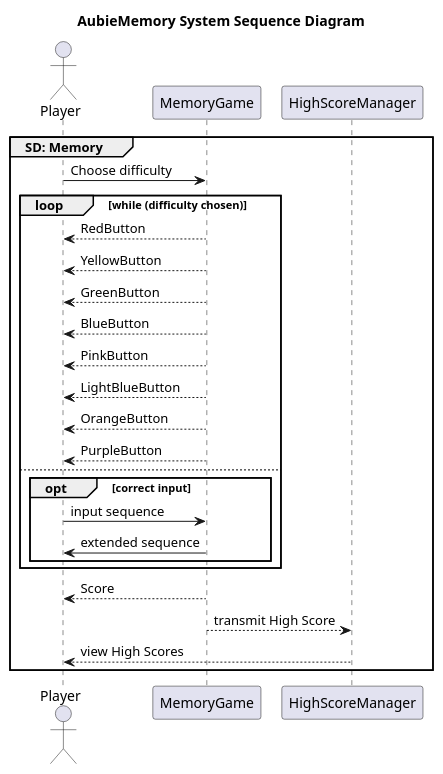
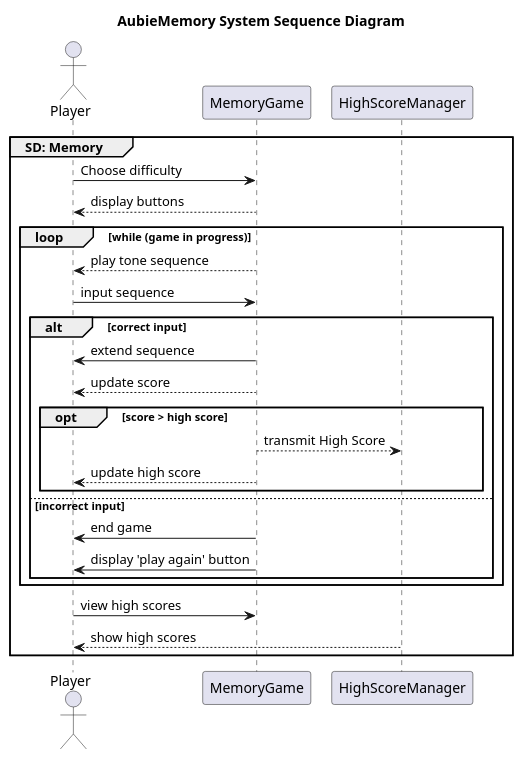
The diagram in app/UML/SSD.puml (llittle3701/AubieMemory), drawn with PlantUML before and after one commit. The commit also changed 5 other files, not shown here.

Commit message:
Updated UML

```diff
--- a/app/UML/SSD.puml
+++ b/app/UML/SSD.puml
@@ -1,30 +1,31 @@
 @startuml
 title AubieMemory System Sequence Diagram
 actor Player
 participant MemoryGame
 participant HighScoreManager
 group SD: Memory
 
 Player -> MemoryGame: Choose difficulty
-loop while (difficulty chosen)
-Player <-- MemoryGame: RedButton
-Player <-- MemoryGame: YellowButton
-Player <-- MemoryGame: GreenButton
-Player <-- MemoryGame: BlueButton
-Player <-- MemoryGame: PinkButton
-Player <-- MemoryGame: LightBlueButton
-Player <-- MemoryGame: OrangeButton
-Player <-- MemoryGame: PurpleButton
-else
+Player <-- MemoryGame: display buttons
+loop while (game in progress)
+Player <-- MemoryGame: play tone sequence
+Player -> MemoryGame: input sequence
 
-opt correct input
-Player -> MemoryGame: input sequence
-Player <- MemoryGame: extended sequence
+alt correct input
+Player <- MemoryGame: extend sequence
+Player <-- MemoryGame: update score
+opt score > high score
+MemoryGame --> HighScoreManager: transmit High Score
+Player <-- MemoryGame: update high score
 end
+else incorrect input
+     Player <- MemoryGame: end game
+     Player <- MemoryGame: display 'play again' button
 end
 
-Player <-- MemoryGame: Score
-MemoryGame --> HighScoreManager: transmit High Score
-Player <-- HighScoreManager: view High Scores
+end
+
+Player -> MemoryGame: view high scores
+Player <-- HighScoreManager: show high scores
 end
 @enduml
```
